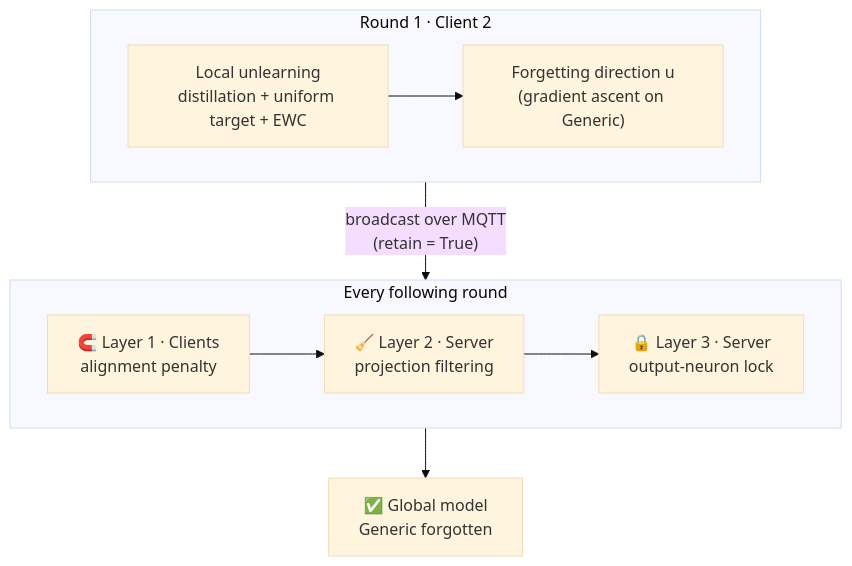
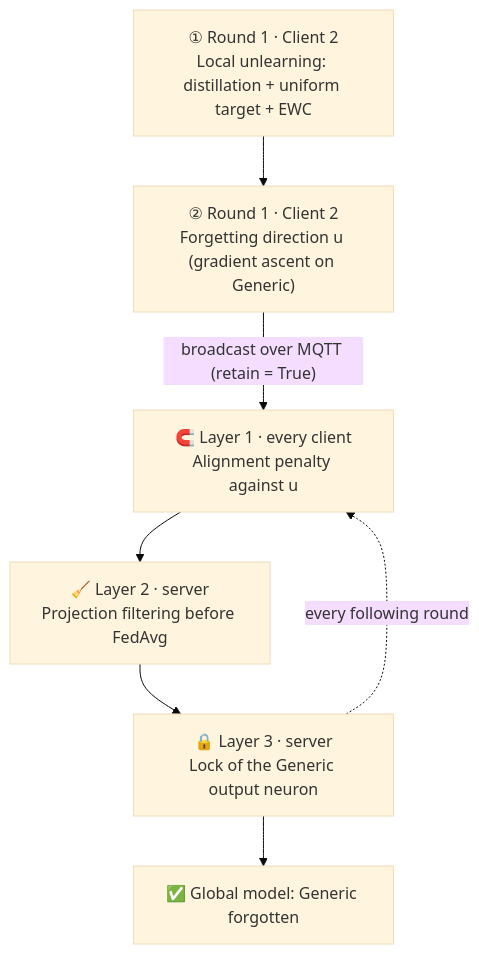
One commit to mosuloiodui/FU changed the second of 2 diagrams in README.md. Above: the diagram before and after it, drawn with Mermaid (base theme).

Commit message:
README: simpler vertical FedAF-P diagram

````diff
--- a/README.md
+++ b/README.md
@@ -92,13 +92,13 @@
 ```mermaid
 flowchart TB
-    subgraph R1["Round 1 · Client 2"]
-        direction LR
-        A["Local unlearning<br/>distillation + uniform target + EWC"] --> D["Forgetting direction u<br/>(gradient ascent on Generic)"]
-    end
-    D -- "broadcast over MQTT<br/>(retain = True)" --> L1
-    subgraph RN["Every following round"]
-        direction LR
-        L1["🧲 Layer 1 · Clients<br/>alignment penalty"] --> L2["🧹 Layer 2 · Server<br/>projection filtering"] --> L3["🔒 Layer 3 · Server<br/>output-neuron lock"]
-    end
-    L3 --> G["✅ Global model<br/>Generic forgotten"]
+    A["① Round 1 · Client 2<br/>Local unlearning: distillation + uniform target + EWC"]
+    D["② Round 1 · Client 2<br/>Forgetting direction u (gradient ascent on Generic)"]
+    L1["🧲 Layer 1 · every client<br/>Alignment penalty against u"]
+    L2["🧹 Layer 2 · server<br/>Projection filtering before FedAvg"]
+    L3["🔒 Layer 3 · server<br/>Lock of the Generic output neuron"]
+    G["✅ Global model: Generic forgotten"]
+    A --> D
+    D -- "broadcast over MQTT (retain = True)" --> L1
+    L1 --> L2 --> L3 --> G
+    L3 -. "every following round" .-> L1
 ```
````
